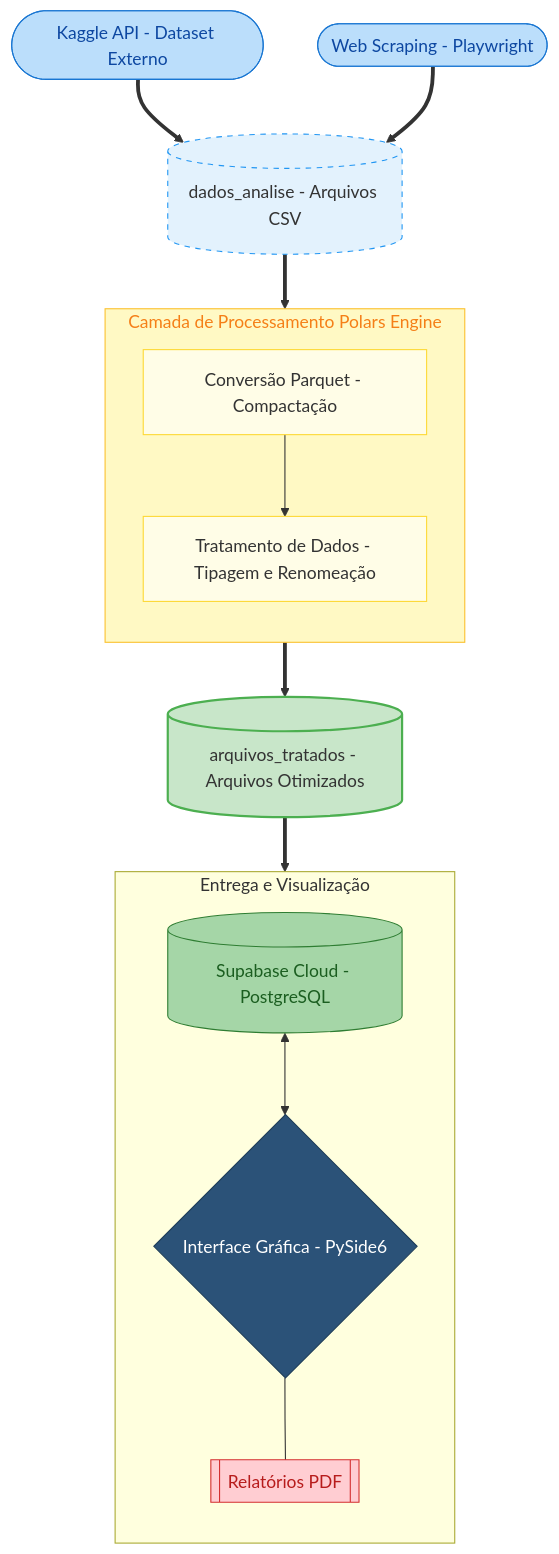
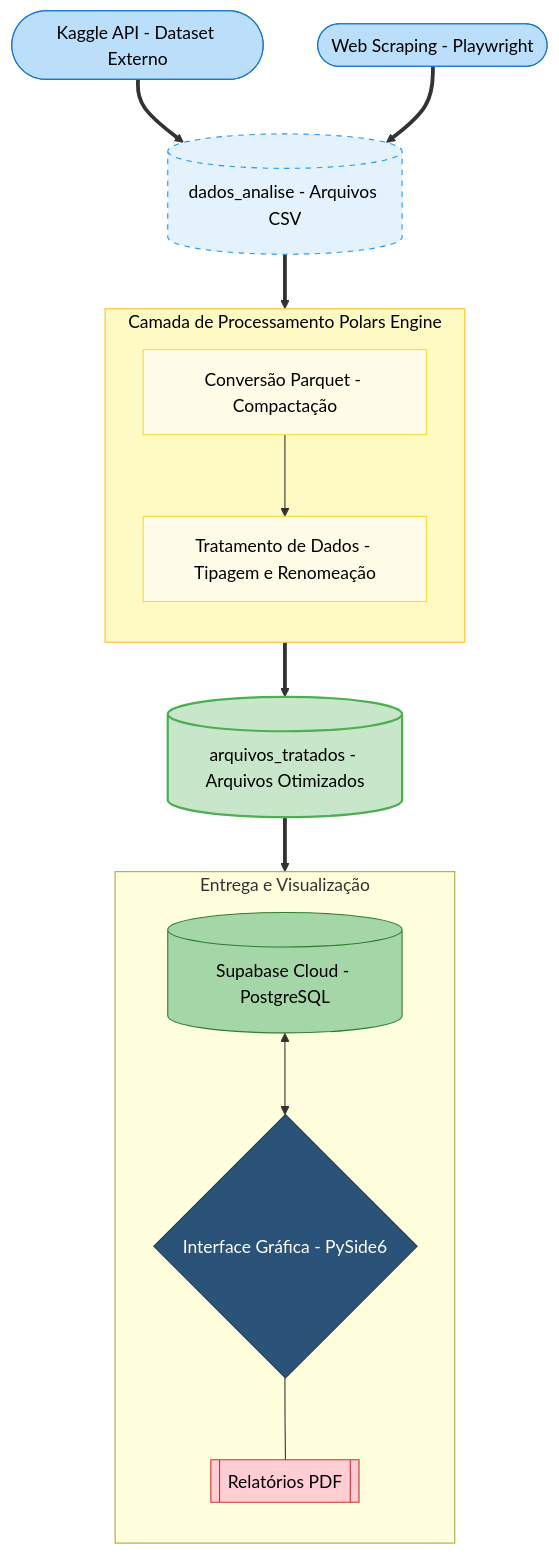
Before and after one commit to emerson-jose/projeto-integrador-etl: the diagram in README.md, drawn with Mermaid. The commit also changed other lines of this file, not shown here.

````diff
--- a/README.md
+++ b/README.md
@@ -34,48 +34,48 @@
 ```mermaid
 flowchart TD
     %% Fontes de Entrada
     Kaggle([Kaggle API - Dataset Externo])
     Web([Web Scraping - Playwright])
 
     %% Pasta de Dados Brutos
     Raw[(dados_analise - Arquivos CSV)]
 
     subgraph Transform [Camada de Processamento Polars Engine]
         direction TB
         PQT[Conversão Parquet - Compactação]
         Clean[Tratamento de Dados - Tipagem e Renomeação]
     end
 
     %% Pasta de Dados Tratados
     Tratados[(arquivos_tratados - Arquivos Otimizados)]
 
     subgraph Output [Entrega e Visualização]
         direction TB
         DB[(Supabase Cloud - PostgreSQL)]
         UI{Interface Gráfica - PySide6}
         PDF[[Relatórios PDF]]
     end
 
     %% Conexões
     Kaggle & Web ==> Raw
     Raw ==> PQT
     PQT --> Clean
     Clean ==> Tratados
     Tratados ==> DB
     DB <--> UI
     UI --- PDF
 
-    %% Estilos de Cores e Formas
-    style Kaggle fill:#bbdefb,stroke:#1976d2,color:#0d47a1
-    style Web fill:#bbdefb,stroke:#1976d2,color:#0d47a1
-    style Raw fill:#e3f2fd,stroke:#2196f3,stroke-dasharray: 5 5
+    %% Estilos de Cores e Formas (Garantindo contraste do texto)
+    style Kaggle fill:#bbdefb,stroke:#1976d2,color:#000
+    style Web fill:#bbdefb,stroke:#1976d2,color:#000
+    style Raw fill:#e3f2fd,stroke:#2196f3,stroke-dasharray: 5 5,color:#000
     
-    style Transform fill:#fff9c4,stroke:#fbc02d,color:#f57f17
-    style Clean fill:#fffde7,stroke:#fdd835
-    style PQT fill:#fffde7,stroke:#fdd835
+    style Transform fill:#fff9c4,stroke:#fbc02d,color:#000
+    style Clean fill:#fffde7,stroke:#fdd835,color:#000
+    style PQT fill:#fffde7,stroke:#fdd835,color:#000
     
-    style Tratados fill:#c8e6c9,stroke:#4caf50,stroke-width:2px
-    style DB fill:#a5d6a7,stroke:#2e7d32,color:#1b5e20
+    style Tratados fill:#c8e6c9,stroke:#4caf50,stroke-width:2px,color:#000
+    style DB fill:#a5d6a7,stroke:#2e7d32,color:#000
     style UI fill:#2b5278,stroke:#1e3d59,color:#fff
-    style PDF fill:#ffcdd2,stroke:#d32f2f,color:#b71c1c
+    style PDF fill:#ffcdd2,stroke:#d32f2f,color:#000
 ```
````
